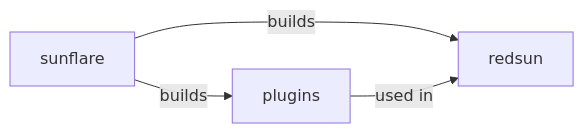
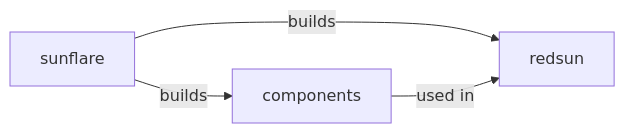
Before and after one commit to redsun-acquisition/sunflare: the diagram in docs/explanations/statement.md, drawn with Mermaid. The commit also changed other lines of this file and 8 other files, not shown here.

````diff
--- a/docs/explanations/statement.md
+++ b/docs/explanations/statement.md
@@ -8,6 +8,6 @@
 ```mermaid
 graph LR
-    sunflare -->|builds| plugins
+    sunflare -->|builds| components
     sunflare -->|builds| redsun
-    plugins -->|used in| redsun
+    components -->|used in| redsun
 ```
````
